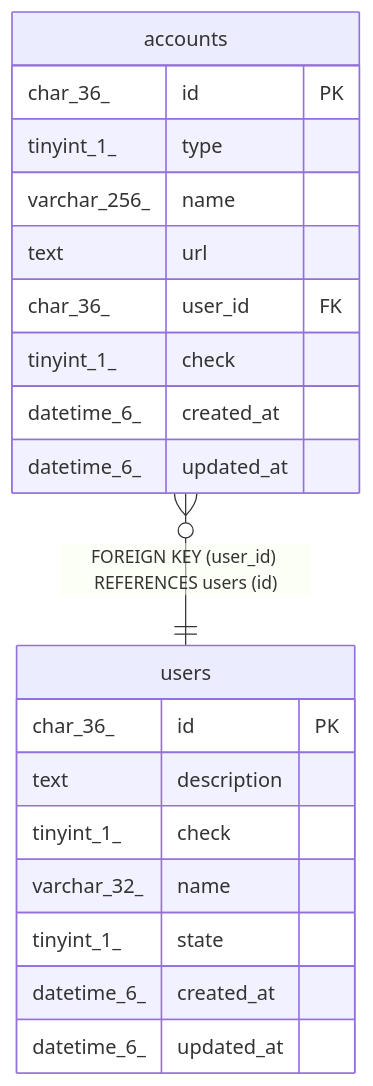
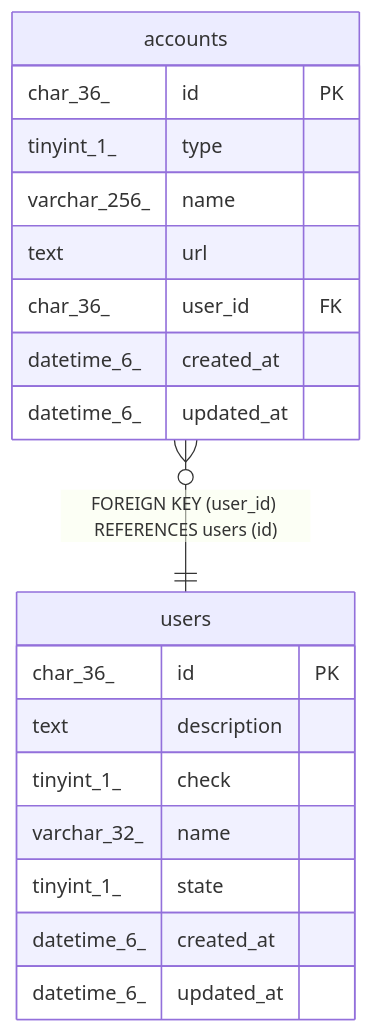
The diagram in docs/dbschema/accounts.md (traPtitech/traPortfolio), drawn with Mermaid before and after one commit. The commit also changed other lines of this file and 8 other files, not shown here.

Commit message:
docs: update docs/dbschema

````diff
--- a/docs/dbschema/accounts.md
+++ b/docs/dbschema/accounts.md
@@ -57,25 +55,24 @@
 ```mermaid
 erDiagram
 
 "accounts" }o--|| "users" : "FOREIGN KEY (user_id) REFERENCES users (id)"
 
 "accounts" {
   char_36_ id PK
   tinyint_1_ type
   varchar_256_ name
   text url
   char_36_ user_id FK
-  tinyint_1_ check
   datetime_6_ created_at
   datetime_6_ updated_at
 }
 "users" {
   char_36_ id PK
   text description
   tinyint_1_ check
   varchar_32_ name
   tinyint_1_ state
   datetime_6_ created_at
   datetime_6_ updated_at
 }
 ```
````
